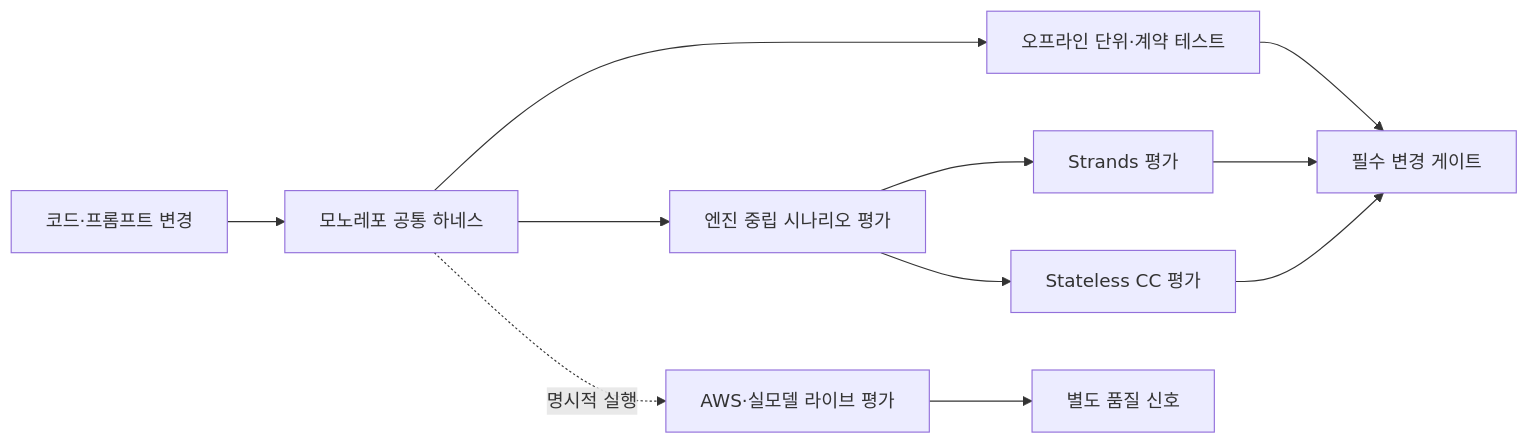
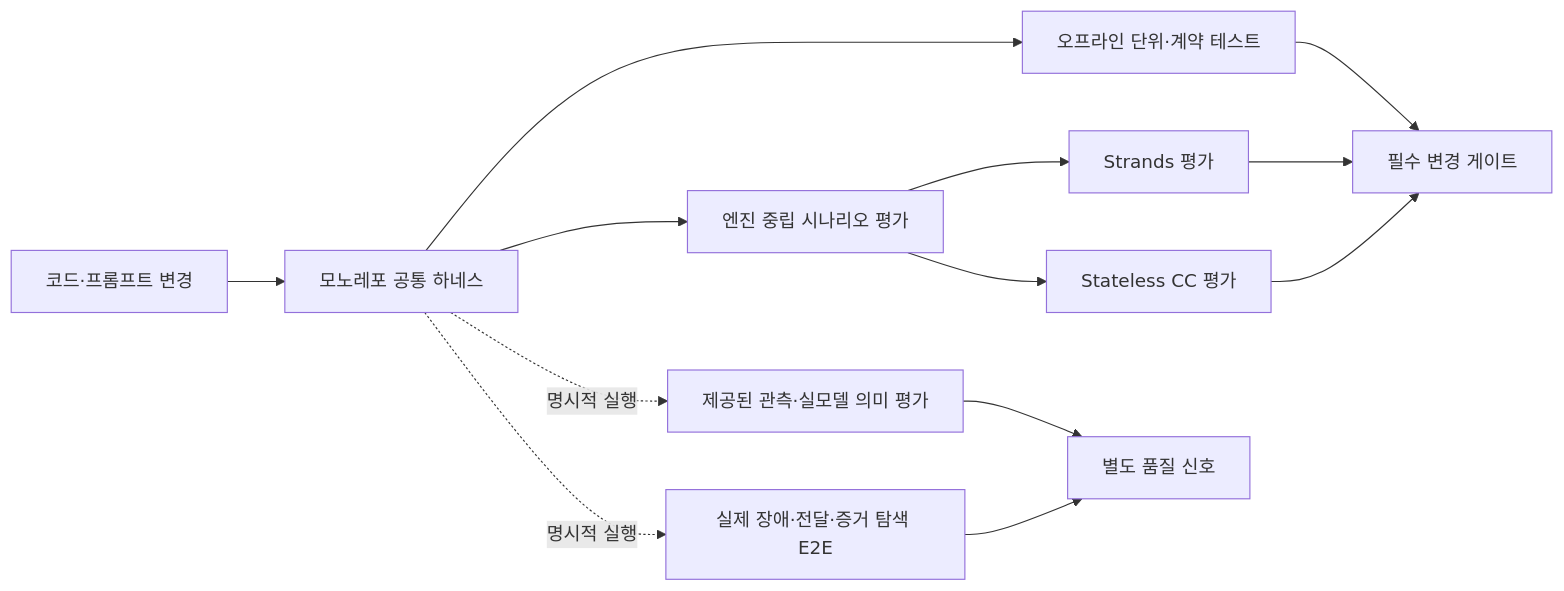
One commit to haandol/rca-agent changed the diagram in docs/adr/agent/0016-rca-evaluation-test-harness.md. Above: the diagram before and after it, drawn with Mermaid. The commit also changed other lines of this file and 50 other files, not shown here.

````diff
--- a/docs/adr/agent/0016-rca-evaluation-test-harness.md
+++ b/docs/adr/agent/0016-rca-evaluation-test-harness.md
@@ -88,13 +96,15 @@
 ```mermaid
 flowchart LR
     CHANGE["코드·프롬프트 변경"] --> ROOT["모노레포 공통 하네스"]
     ROOT --> OFFLINE["오프라인 단위·계약 테스트"]
     ROOT --> SCENARIO["엔진 중립 시나리오 평가"]
     SCENARIO --> STRANDS["Strands 평가"]
     SCENARIO --> CC["Stateless CC 평가"]
-    ROOT -. 명시적 실행 .-> LIVE["AWS·실모델 라이브 평가"]
+    ROOT -. 명시적 실행 .-> MODEL["제공된 관측·실모델 의미 평가"]
+    ROOT -. 명시적 실행 .-> E2E["실제 장애·전달·증거 탐색 E2E"]
     OFFLINE --> GATE["필수 변경 게이트"]
     STRANDS --> GATE
     CC --> GATE
-    LIVE --> SIGNAL["별도 품질 신호"]
+    MODEL --> SIGNAL["별도 품질 신호"]
+    E2E --> SIGNAL
 ```
````
